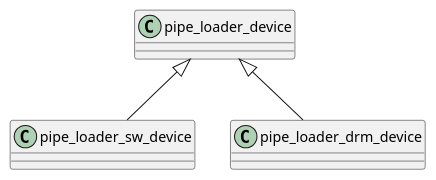
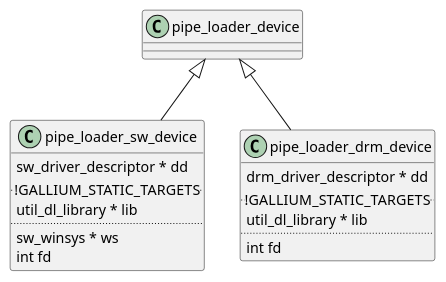
The diagram in source/_posts/lib/gallium-driver.md (lucmann/lucmann.github.io), drawn with PlantUML before and after one commit.

Commit message:
update UML

````diff
--- a/source/_posts/lib/gallium-driver.md
+++ b/source/_posts/lib/gallium-driver.md
@@ -9,10 +9,25 @@
 ```plantuml
 @startuml
 class pipe_loader_device
-class pipe_loader_sw_device
-class pipe_loader_drm_device
+
+class pipe_loader_sw_device {
+    sw_driver_descriptor * dd
+    .. !GALLIUM_STATIC_TARGETS ..
+    util_dl_library * lib
+    ..
+    sw_winsys * ws
+    int fd
+}
+
+class pipe_loader_drm_device {
+    drm_driver_descriptor * dd
+    .. !GALLIUM_STATIC_TARGETS ..
+    util_dl_library * lib
+    ..
+    int fd
+}
 
 pipe_loader_device <|-- pipe_loader_drm_device
 pipe_loader_device <|-- pipe_loader_sw_device
 @enduml
 ```
````
